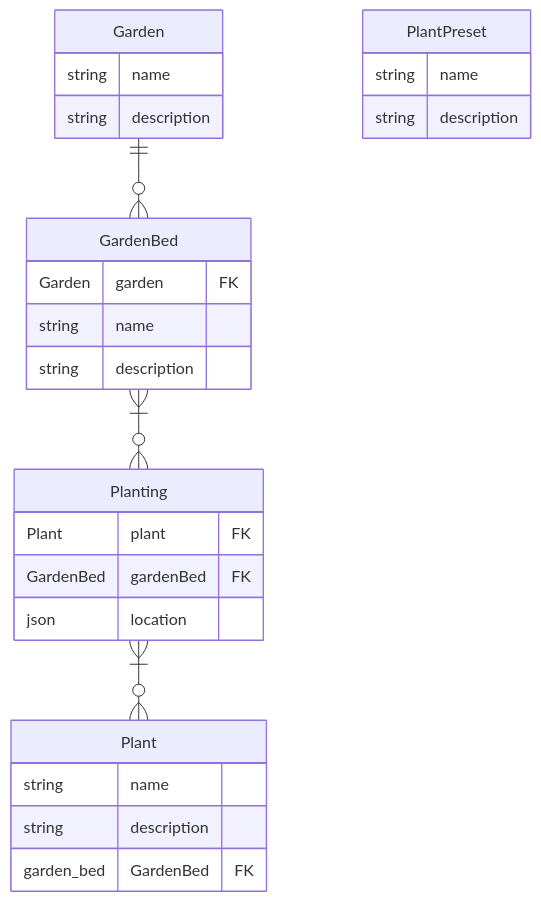
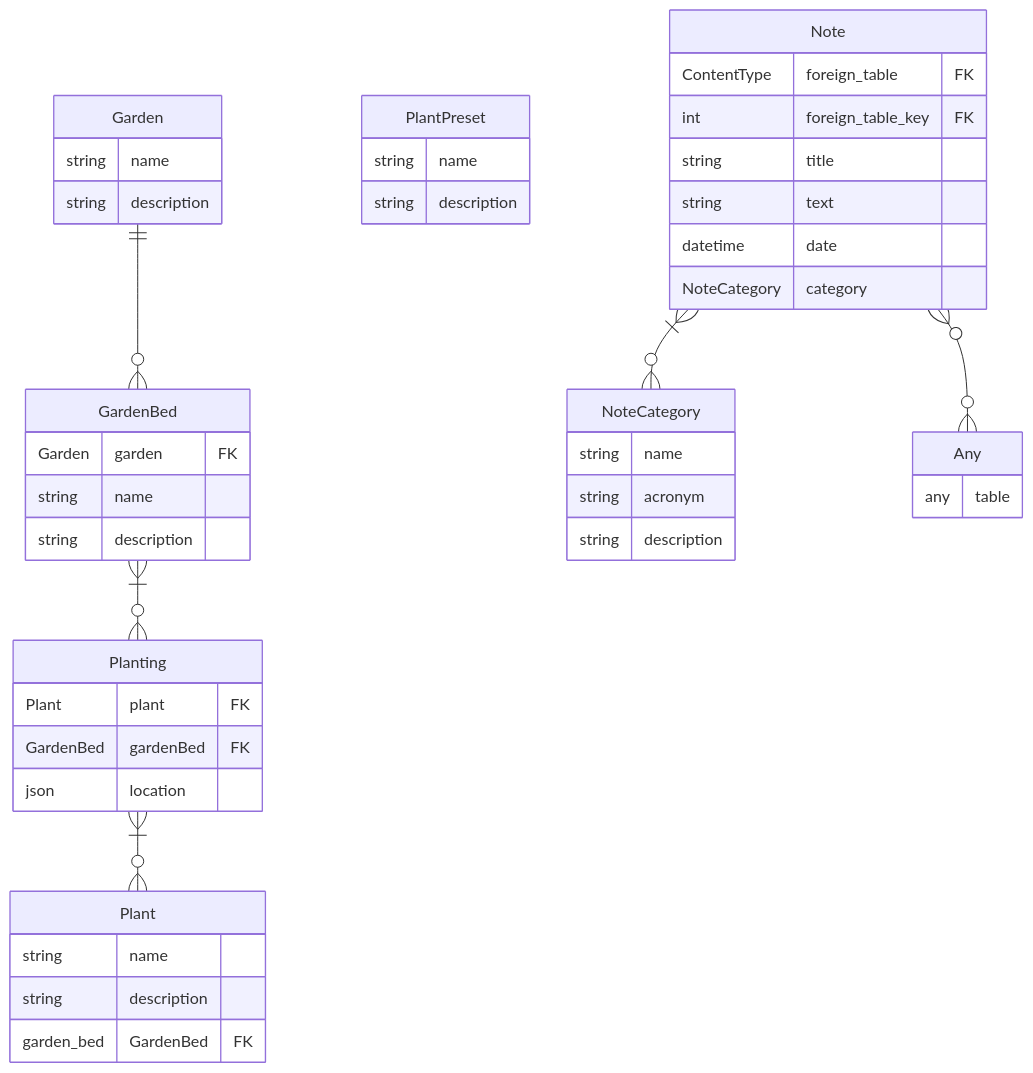
The diagram in gms_app/models.md (LeskoIam/GMS), drawn with Mermaid before and after one commit. The commit also changed 1 other file, not shown here.

Commit message:
Updated models.md and README.md.

````diff
--- a/gms_app/models.md
+++ b/gms_app/models.md
@@ -1,30 +1,52 @@
 ```mermaid
 erDiagram
     Garden {
         string name
         string description
     }
     GardenBed {
         Garden garden FK
         string name
         string description
     }
     Plant {
         string name
         string description
         garden_bed GardenBed FK
     }
     Planting {
         Plant plant FK
         GardenBed gardenBed FK
         json location
     }
     PlantPreset {
         string name
         string description
     }
+    
+    Note {
+        ContentType foreign_table FK
+        int foreign_table_key FK
+        string title
+        string text
+        datetime date
+        NoteCategory category
+    }
+    
+    NoteCategory {
+        string name
+        string acronym
+        string description
+    }
+    
+    Any {
+        any table
+    }
 
     Garden ||--o{ GardenBed: ""
     GardenBed }|--o{ Planting: ""
     Planting }|--o{ Plant: ""
+    
+    Note }|--o{ NoteCategory: ""
+    Note }o--o{ Any: ""
 ```
````
